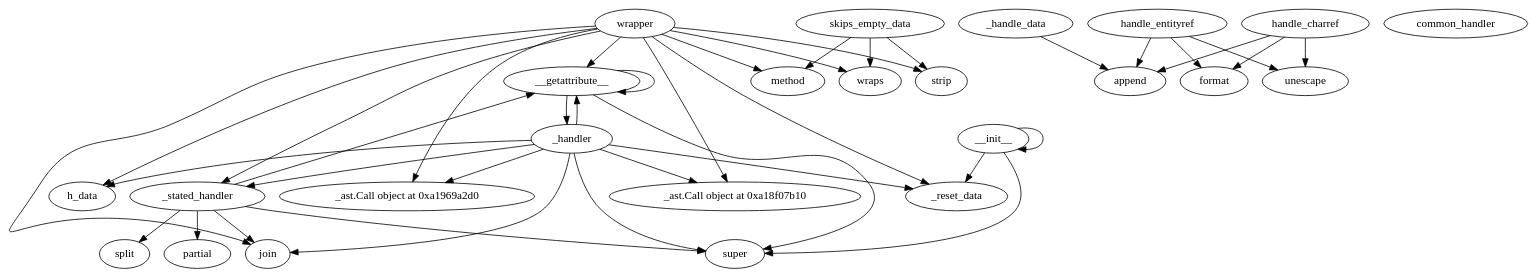
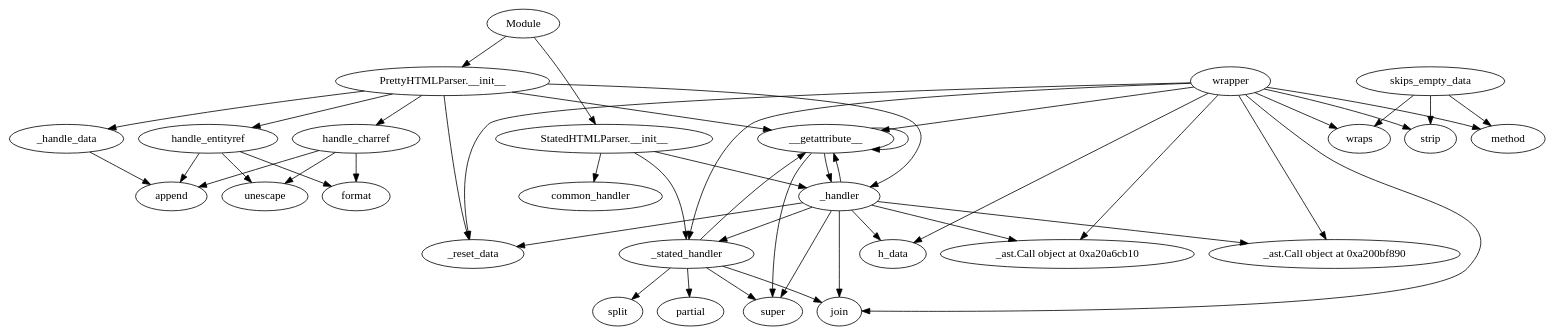
One commit to JordanCoyne97/Final_Year_Project changed the diagram in CallGraph_dots/HTML5Parser.dot. Above: the diagram before and after it, drawn with Graphviz. The commit also changed 164 other files, not shown here.

```diff
--- a/CallGraph_dots/HTML5Parser.dot
+++ b/CallGraph_dots/HTML5Parser.dot
@@ -1,65 +1,75 @@
 digraph  {
-__init__;
+__getattribute__;
 super;
-_reset_data;
-__getattribute__;
 _handler;
 _handle_data;
 append;
 wrapper;
 h_data;
 join;
-<_ast.Call object at 0xa1969a2d0>;
+_reset_data;
+<_ast.Call object at 0xa20a6cb10>;
 handle_charref;
 unescape;
 format;
 handle_entityref;
 common_handler;
 _stated_handler;
 split;
 partial;
-<_ast.Call object at 0xa18f07b10>;
+<_ast.Call object at 0xa200bf890>;
 strip;
 method;
 wraps;
 skips_empty_data;
-__init__ -> __init__;
-__init__ -> super;
-__init__ -> _reset_data;
+Module;
+"PrettyHTMLParser.__init__";
+"StatedHTMLParser.__init__";
 __getattribute__ -> __getattribute__;
 __getattribute__ -> super;
 __getattribute__ -> _handler;
 _handler -> super;
 _handler -> __getattribute__;
 _handler -> h_data;
 _handler -> join;
 _handler -> _reset_data;
-_handler -> <_ast.Call object at 0xa1969a2d0>;
+_handler -> <_ast.Call object at 0xa20a6cb10>;
 _handler -> _stated_handler;
-_handler -> <_ast.Call object at 0xa18f07b10>;
+_handler -> <_ast.Call object at 0xa200bf890>;
 _handle_data -> append;
 wrapper -> __getattribute__;
 wrapper -> h_data;
 wrapper -> join;
 wrapper -> _reset_data;
-wrapper -> <_ast.Call object at 0xa1969a2d0>;
+wrapper -> <_ast.Call object at 0xa20a6cb10>;
 wrapper -> _stated_handler;
-wrapper -> <_ast.Call object at 0xa18f07b10>;
+wrapper -> <_ast.Call object at 0xa200bf890>;
 wrapper -> strip;
 wrapper -> method;
 wrapper -> wraps;
 handle_charref -> unescape;
 handle_charref -> format;
 handle_charref -> append;
 handle_entityref -> unescape;
 handle_entityref -> format;
 handle_entityref -> append;
 _stated_handler -> split;
 _stated_handler -> join;
 _stated_handler -> __getattribute__;
 _stated_handler -> super;
 _stated_handler -> partial;
 skips_empty_data -> strip;
 skips_empty_data -> method;
 skips_empty_data -> wraps;
+Module -> "PrettyHTMLParser.__init__";
+Module -> "StatedHTMLParser.__init__";
+"PrettyHTMLParser.__init__" -> __getattribute__;
+"PrettyHTMLParser.__init__" -> _handle_data;
+"PrettyHTMLParser.__init__" -> _handler;
+"PrettyHTMLParser.__init__" -> _reset_data;
+"PrettyHTMLParser.__init__" -> handle_charref;
+"PrettyHTMLParser.__init__" -> handle_entityref;
+"StatedHTMLParser.__init__" -> common_handler;
+"StatedHTMLParser.__init__" -> _stated_handler;
+"StatedHTMLParser.__init__" -> _handler;
 }
```
